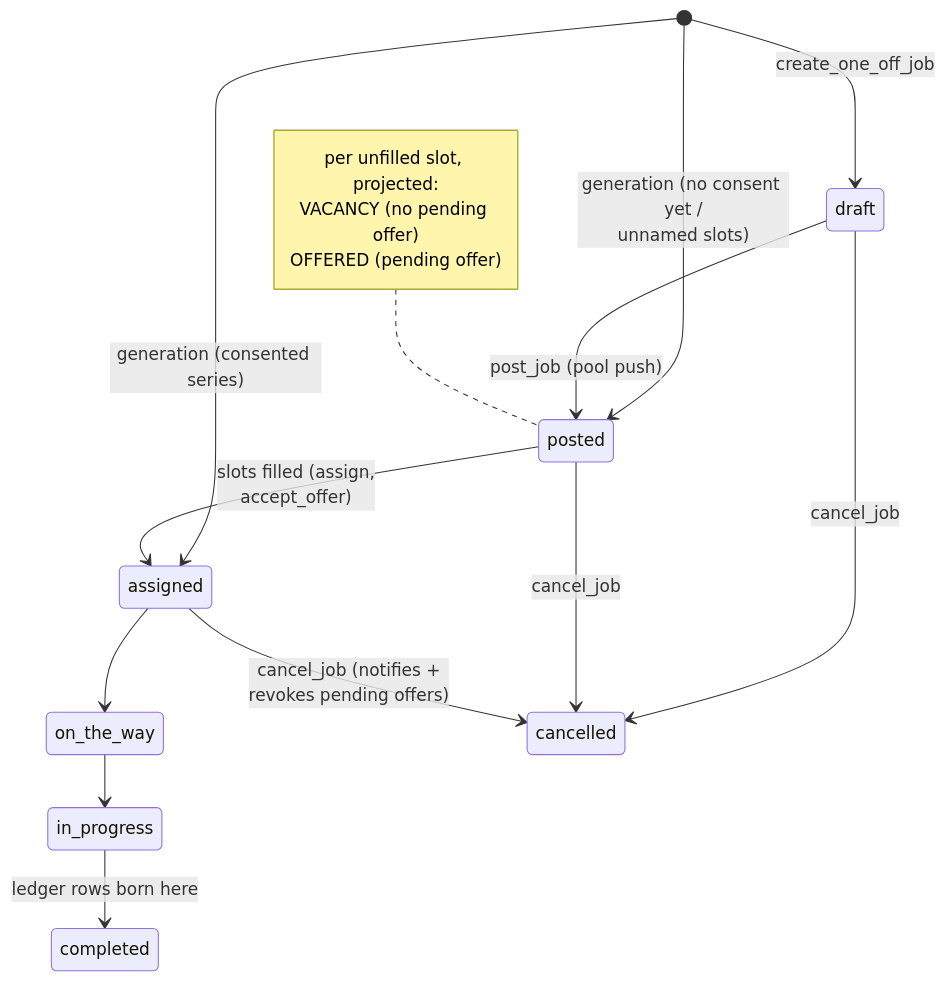
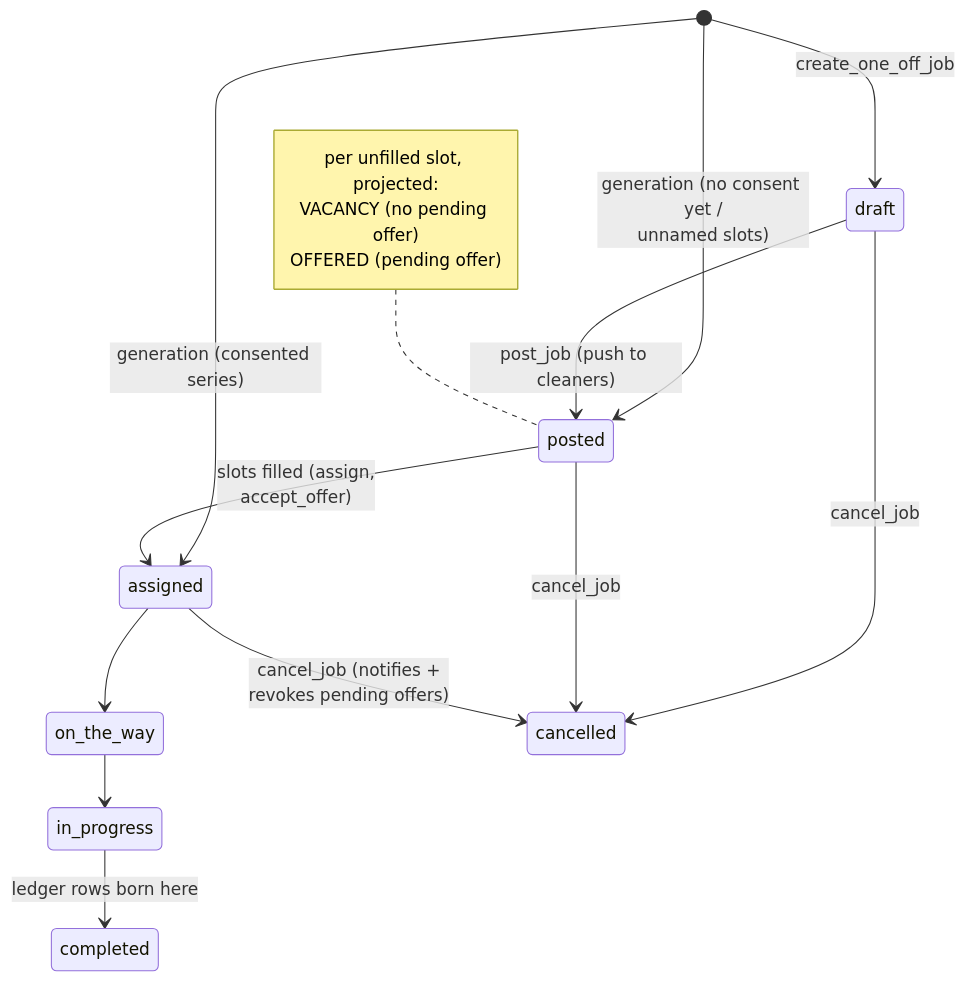
Before and after one commit to lspinheiro/clean_app_crm: the second of 8 diagrams in docs/design/phase-a-adoption/lld-db.md, drawn with Mermaid. The commit also changed 72 other files, not shown here.

First line of the commit message:
refactor: rename "pool" terminology to "cleaners" across apps and docs

````diff
--- a/docs/design/phase-a-adoption/lld-db.md
+++ b/docs/design/phase-a-adoption/lld-db.md
@@ -126,19 +126,19 @@
 ```mermaid
 stateDiagram-v2
     [*] --> draft : create_one_off_job
     [*] --> posted : generation (no consent yet /<br/>unnamed slots)
     [*] --> assigned : generation (consented series)
-    draft --> posted : post_job (pool push)
+    draft --> posted : post_job (push to cleaners)
     posted --> assigned : slots filled (assign,<br/>accept_offer)
     assigned --> on_the_way
     on_the_way --> in_progress
     in_progress --> completed : ledger rows born here
     draft --> cancelled : cancel_job
     posted --> cancelled : cancel_job
     assigned --> cancelled : cancel_job (notifies +<br/>revokes pending offers)
     note left of posted
         per unfilled slot, projected:
         VACANCY (no pending offer)
         OFFERED (pending offer)
     end note
 ```
````
